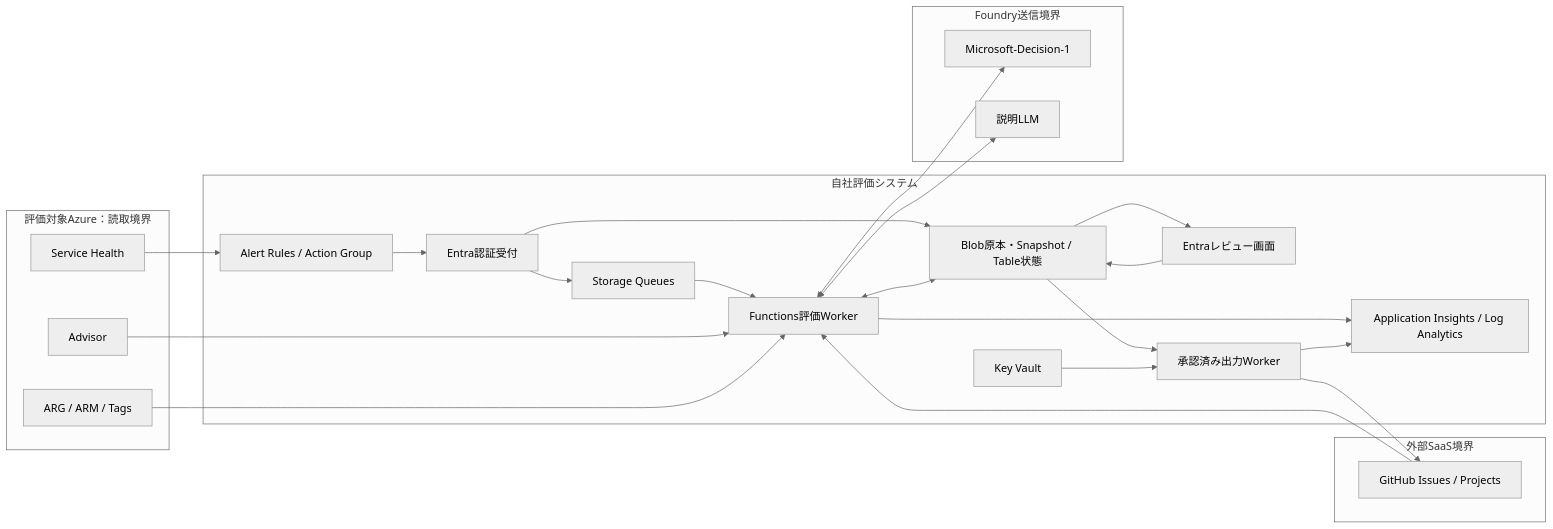
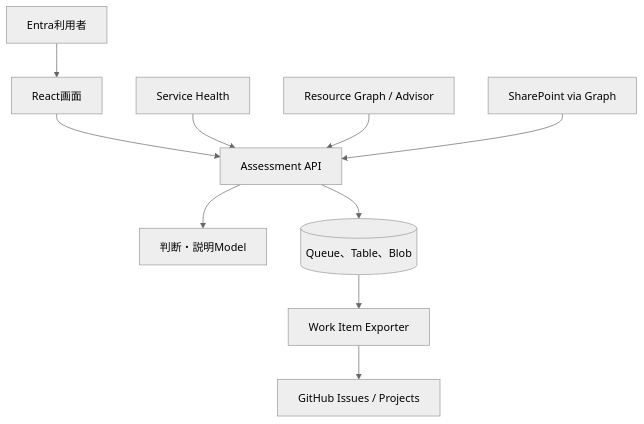
One commit to kdkwakaba/azure-retirement-planner changed the diagram in docs/design.md. Above: the diagram before and after it, drawn with Mermaid (neutral theme). The commit also changed other lines of this file and 23 other files, not shown here.

````diff
--- a/docs/design.md
+++ b/docs/design.md
@@ -145,39 +30,12 @@
-```mermaid
-flowchart LR
-  subgraph Target[評価対象Azure：読取境界]
-    SH[Service Health]
-    AD[Advisor]
-    ARG[ARG / ARM / Tags]
-  end
-  subgraph System[自社評価システム]
-    AG[Alert Rules / Action Group]
-    IN[Entra認証受付]
-    Q[Storage Queues]
-    W[Functions評価Worker]
-    S[Blob原本・Snapshot / Table状態]
-    R[Entraレビュー画面]
-    O[承認済み出力Worker]
-    K[Key Vault]
-    M[Application Insights / Log Analytics]
-  end
-  subgraph Models[Foundry送信境界]
-    D[Microsoft-Decision-1]
-    L[説明LLM]
-  end
-  subgraph External[外部SaaS境界]
-    G[GitHub Issues / Projects]
-  end
-  SH --> AG --> IN --> Q --> W
-  IN --> S
-  AD --> W
-  ARG --> W
-  W <--> S
-  W <--> D
-  W <--> L
-  S --> R --> S
-  S --> O --> G
-  K --> O
-  W --> M
-  O --> M
-  G --> W
-```
+~~~mermaid
+flowchart TB
+  Reviewer[Entra利用者] --> UI[React画面]
+  UI --> API[Assessment API]
+  SH[Service Health] --> API
+  ARG[Resource Graph / Advisor] --> API
+  SP[SharePoint via Graph] --> API
+  API --> Models[判断・説明Model]
+  API --> Store[(Queue、Table、Blob)]
+  Store --> Exporter[Work Item Exporter]
+  Exporter --> GitHub[GitHub Issues / Projects]
+~~~
````
